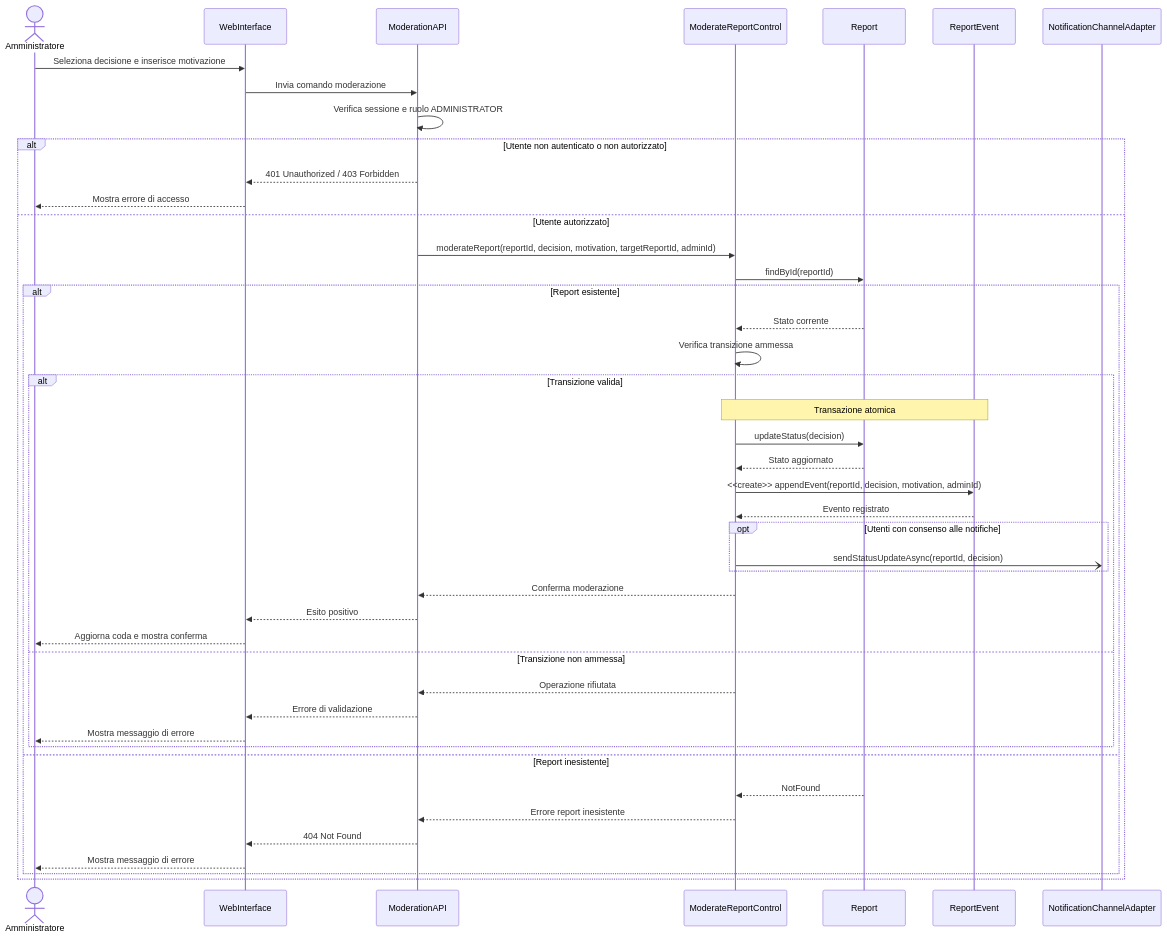
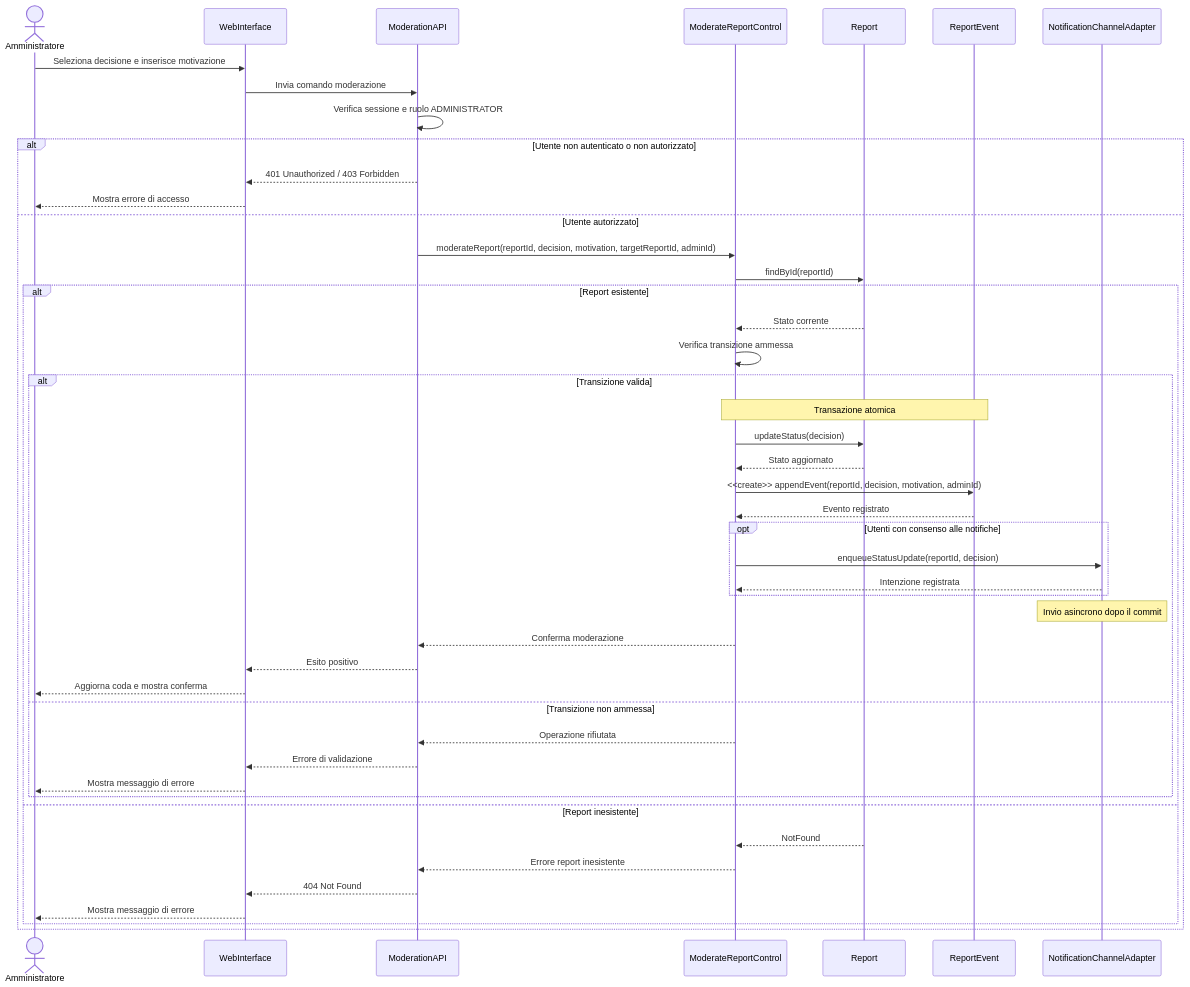
The seventh of 12 diagrams in docs/RAD.md (kairosci/aegis), drawn with Mermaid before and after one commit. The commit also changed other lines of this file and 1 other file, not shown here.

First line of the commit message:
docs: audit and align RAD/SDD diagrams and traceability

````diff
--- a/docs/RAD.md
+++ b/docs/RAD.md
@@ -703,46 +744,52 @@
 ```mermaid
 sequenceDiagram
+  accTitle: Diagramma di sequenza per UC-05 Moderare una segnalazione
+  accDescr {
+    L’amministratore autorizzato seleziona una decisione. Il controllo verifica ruolo e transizione, aggiorna stato ed evento in transazione e pianifica la notifica autorizzata.
+  }
   actor A as Amministratore
   participant UI as WebInterface
   participant API as ModerationAPI
   participant UC as ModerateReportControl
   participant R as Report
   participant E as ReportEvent
   participant N as NotificationChannelAdapter
   A->>UI: Seleziona decisione e inserisce motivazione
   UI->>API: Invia comando moderazione
   API->>API: Verifica sessione e ruolo ADMINISTRATOR
   alt Utente non autenticato o non autorizzato
     API-->>UI: 401 Unauthorized / 403 Forbidden
     UI-->>A: Mostra errore di accesso
   else Utente autorizzato
     API->>UC: moderateReport(reportId, decision, motivation, targetReportId, adminId)
     UC->>R: findById(reportId)
     alt Report esistente
       R-->>UC: Stato corrente
       UC->>UC: Verifica transizione ammessa
       alt Transizione valida
         Note over UC,E: Transazione atomica
         UC->>R: updateStatus(decision)
         R-->>UC: Stato aggiornato
         UC->>E: <<create>> appendEvent(reportId, decision, motivation, adminId)
         E-->>UC: Evento registrato
         opt Utenti con consenso alle notifiche
-          UC-)N: sendStatusUpdateAsync(reportId, decision)
+          UC->>N: enqueueStatusUpdate(reportId, decision)
+          N-->>UC: Intenzione registrata
         end
+        Note over N: Invio asincrono dopo il commit
         UC-->>API: Conferma moderazione
         API-->>UI: Esito positivo
         UI-->>A: Aggiorna coda e mostra conferma
       else Transizione non ammessa
         UC-->>API: Operazione rifiutata
         API-->>UI: Errore di validazione
         UI-->>A: Mostra messaggio di errore
       end
     else Report inesistente
       R-->>UC: NotFound
       UC-->>API: Errore report inesistente
       API-->>UI: 404 Not Found
       UI-->>A: Mostra messaggio di errore
     end
   end
 ```
````
